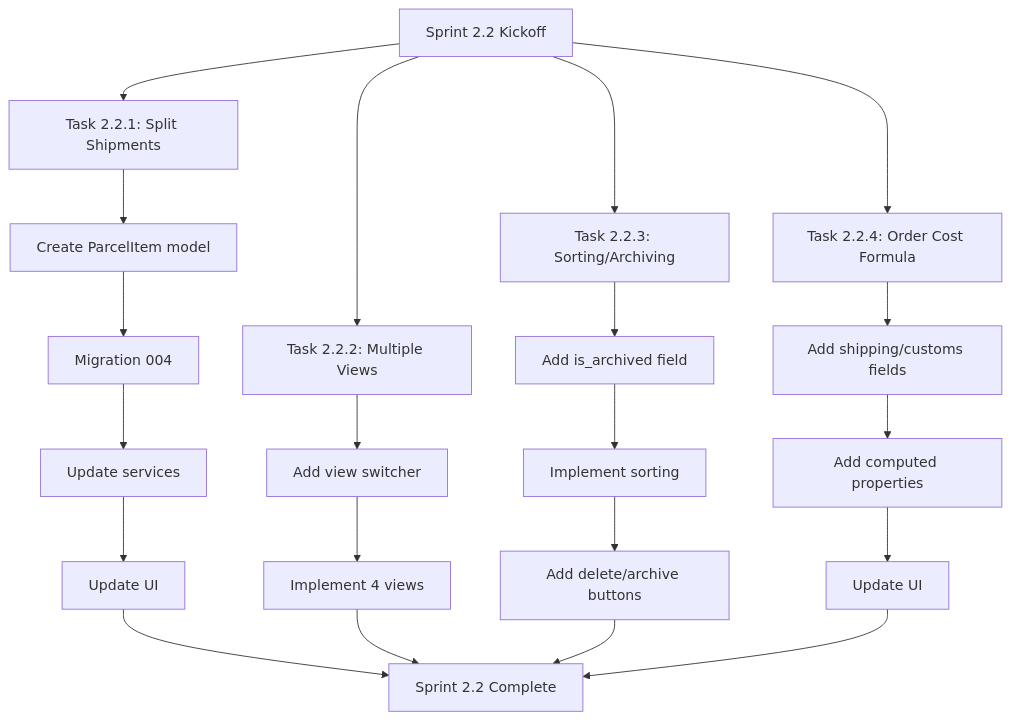
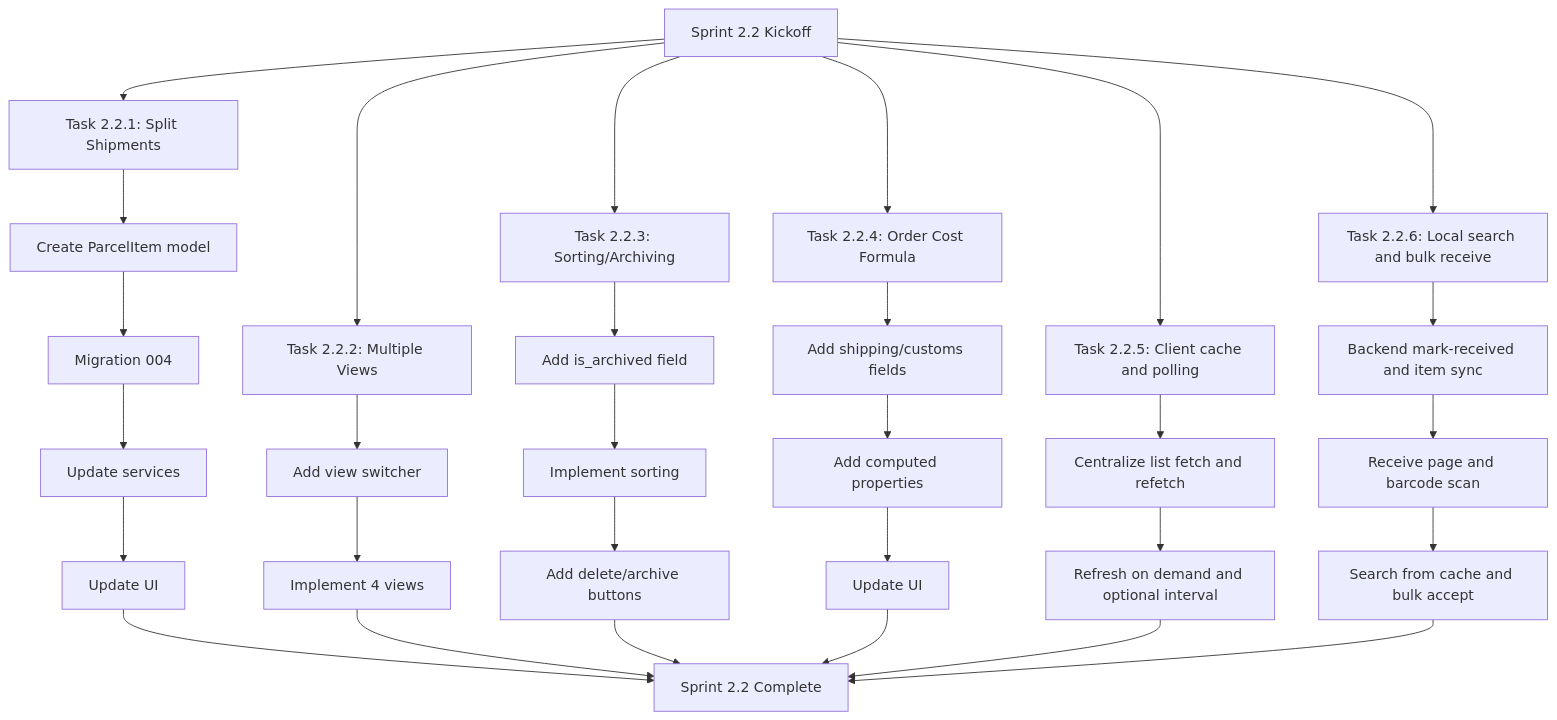
The first of 4 diagrams in ROADMAP_now.md (Brain-Master/BM_SmartParcelTracker), drawn with Mermaid before and after one commit. The commit also changed other lines of this file and 20 other files, not shown here.

````diff
--- a/ROADMAP_now.md
+++ b/ROADMAP_now.md
@@ -978,29 +1024,40 @@
 ```mermaid
 graph TD
     Start[Sprint 2.2 Kickoff]
     Start --> T1[Task 2.2.1: Split Shipments]
     Start --> T2[Task 2.2.2: Multiple Views]
     Start --> T3[Task 2.2.3: Sorting/Archiving]
     Start --> T4[Task 2.2.4: Order Cost Formula]
+    Start --> T5[Task 2.2.5: Client cache and polling]
+    Start --> T6[Task 2.2.6: Local search and bulk receive]
     
     T1 --> T1A[Create ParcelItem model]
     T1A --> T1B[Migration 004]
     T1B --> T1C[Update services]
     T1C --> T1D[Update UI]
     
     T2 --> T2A[Add view switcher]
     T2A --> T2B[Implement 4 views]
     
     T3 --> T3A[Add is_archived field]
     T3A --> T3B[Implement sorting]
     T3B --> T3C[Add delete/archive buttons]
     
     T4 --> T4A[Add shipping/customs fields]
     T4A --> T4B[Add computed properties]
     T4B --> T4C[Update UI]
     
+    T5 --> T5A[Centralize list fetch and refetch]
+    T5A --> T5B[Refresh on demand and optional interval]
+    
+    T6 --> T6A[Backend mark-received and item sync]
+    T6A --> T6B[Receive page and barcode scan]
+    T6B --> T6C[Search from cache and bulk accept]
+    
     T1D --> Done[Sprint 2.2 Complete]
     T2B --> Done
     T3C --> Done
     T4C --> Done
+    T5B --> Done
+    T6C --> Done
 ```
````
